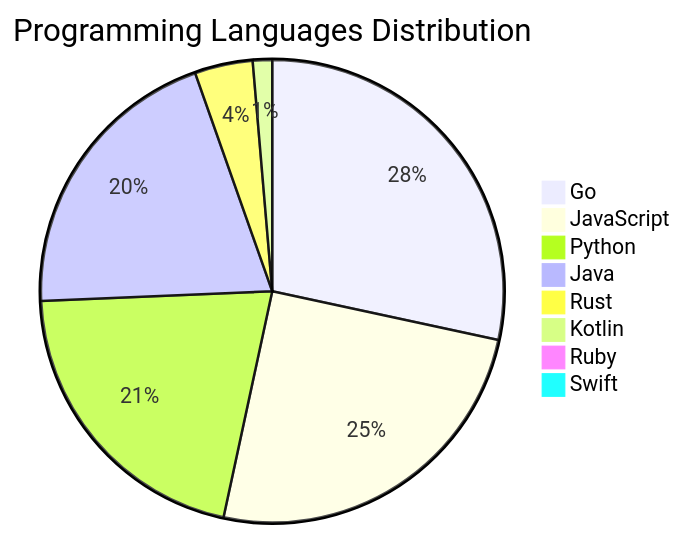
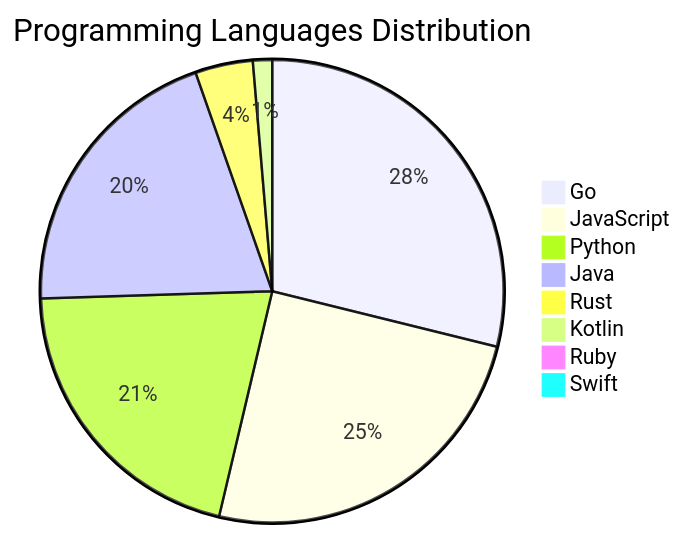
Before and after one commit to Derrick-MUGISHA/github-activity-bot: the diagram in README.md, drawn with Mermaid. The commit also changed other lines of this file and 4 other files, not shown here.

````diff
--- a/README.md
+++ b/README.md
@@ -208,11 +208,11 @@
 ```mermaid
 pie title Programming Languages Distribution
-    "Go" : 42
+    "Go" : 43
     "JavaScript" : 37
     "Python" : 31
     "Java" : 30
     "Rust" : 6
     "Kotlin" : 2
     "Ruby" : 1
     "Swift" : 1
 ```
````
